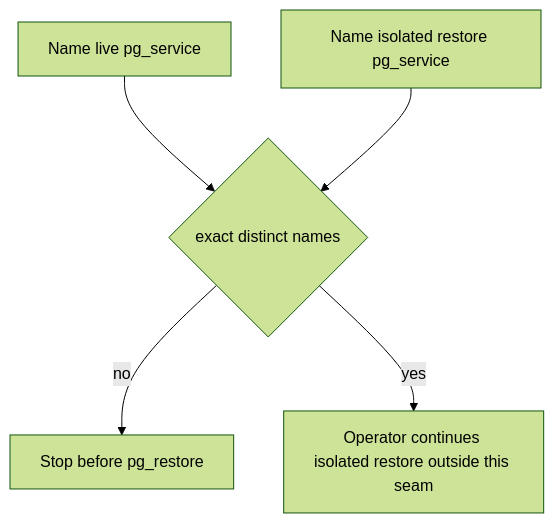
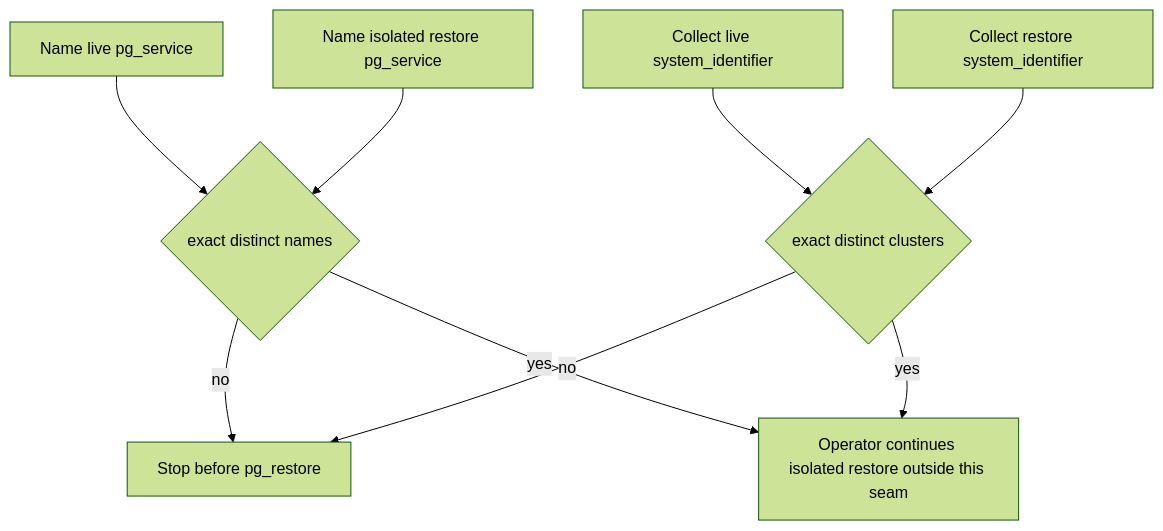
One commit to ContextualWisdomLab/pg-llm-batch changed the diagram in docs/adr/0022-postgres-restore-target-isolation.md. Above: the diagram before and after it, drawn with Mermaid (forest theme). The commit also changed other lines of this file and 4 other files, not shown here.

````diff
--- a/docs/adr/0022-postgres-restore-target-isolation.md
+++ b/docs/adr/0022-postgres-restore-target-isolation.md
@@ -33,7 +43,11 @@
 ```mermaid
 flowchart TD
     A[Name live pg_service] --> C{exact distinct names}
     B[Name isolated restore pg_service] --> C
-    C -->|no| D[Stop before pg_restore]
-    C -->|yes| E[Operator continues isolated restore outside this seam]
+    D[Collect live system_identifier] --> E{exact distinct clusters}
+    F[Collect restore system_identifier] --> E
+    C -->|no| G[Stop before pg_restore]
+    E -->|no| G
+    C -->|yes| H[Operator continues isolated restore outside this seam]
+    E -->|yes| H
 ```
````
